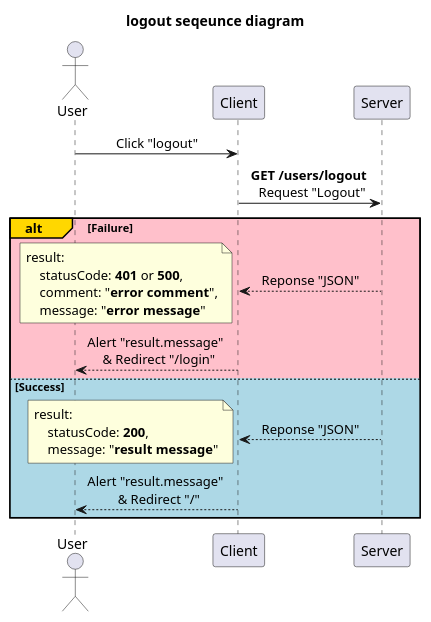
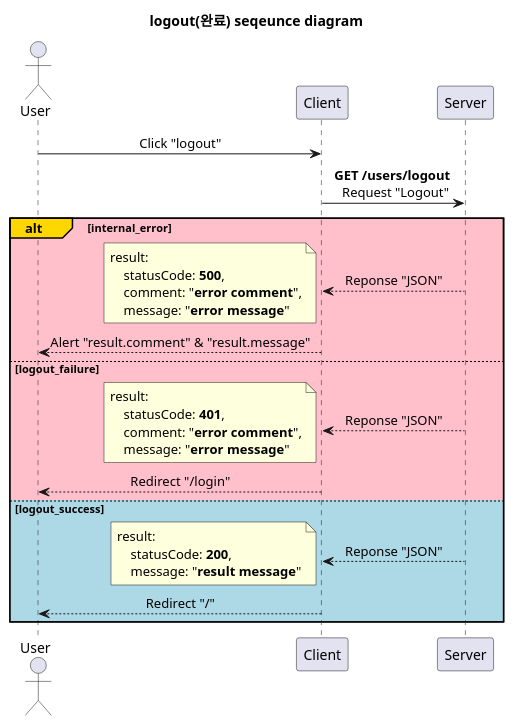
Before and after one commit to devSeungBin/SSCS: the diagram in diagram/userHome_page/logout.puml, drawn with PlantUML. The commit also changed 14 other files, not shown here.

```diff
--- a/diagram/userHome_page/logout.puml
+++ b/diagram/userHome_page/logout.puml
@@ -1,38 +1,48 @@
-@startuml logout
+@startuml logout(완료)
 'http://localhost:3000/userHome
 
-title logout seqeunce diagram
+title logout(완료) seqeunce diagram
 
 skinparam SequenceMessageAlignment center
 
 participant Server order 30
 participant Client order 20
 actor User order 10
 
 User -> Client: Click "logout"
 
 Client -> Server: **GET /users/logout** \n Request "Logout"
 
-alt#Gold #Pink Failure
-Client <-- Server: Reponse "JSON"
-note left
-    result:
-        statusCode: **401** or **500**,
-        comment: "**error comment**",
-        message: "**error message**"
-end note
-User <-- Client: Alert "result.message" \n & Redirect "/login"
+alt#Gold #Pink internal_error
+    Client <-- Server: Reponse "JSON"
+    note left
+        result:
+            statusCode: **500**,
+            comment: "**error comment**",
+            message: "**error message**"
+    end note
+    User <-- Client: Alert "result.comment" & "result.message"
 
-else #LightBlue Success
+else #Pink logout_failure
+    Client <-- Server: Reponse "JSON"
+    note left
+        result:
+            statusCode: **401**,
+            comment: "**error comment**",
+            message: "**error message**"
+    end note
+    User <-- Client: Redirect "/login"
+
+else #LightBlue logout_success
     Client <-- Server: Reponse "JSON"
     note left
         result:
             statusCode: **200**,
             message: "**result message**"
     end note
 
-    User <-- Client: Alert "result.message" \n & Redirect "/"
+    User <-- Client: Redirect "/"
 
 end
 
 @enduml
```
